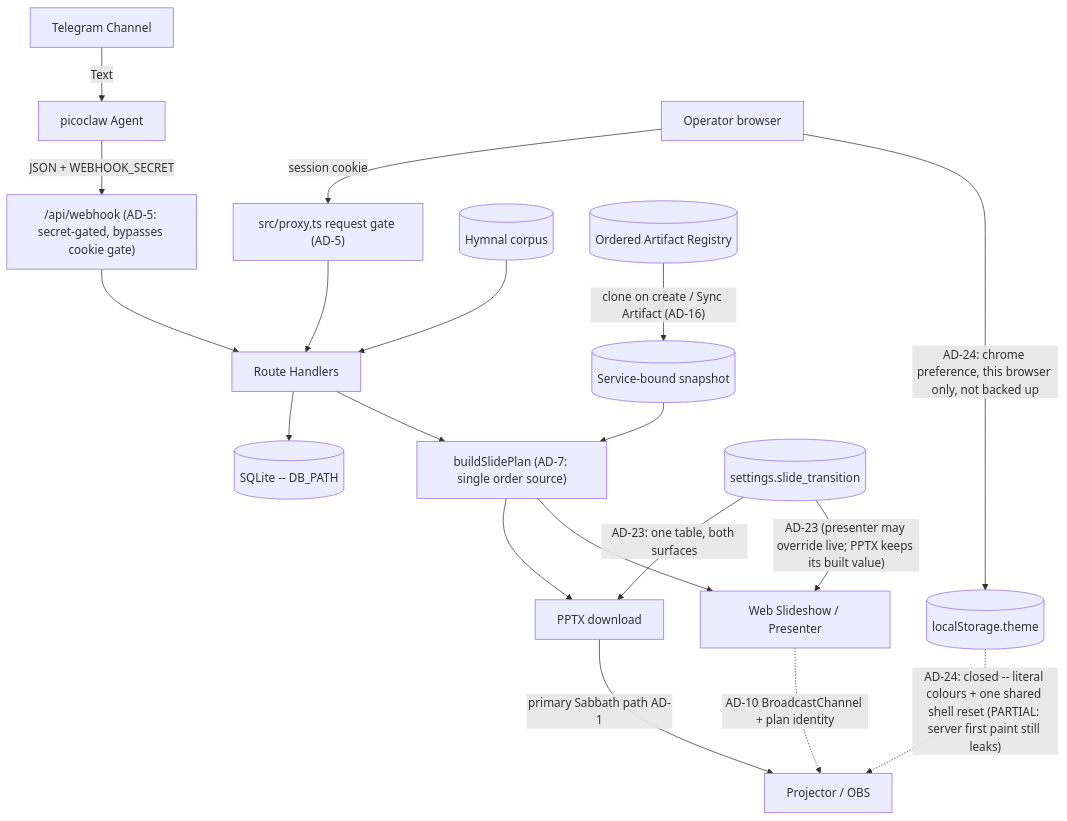
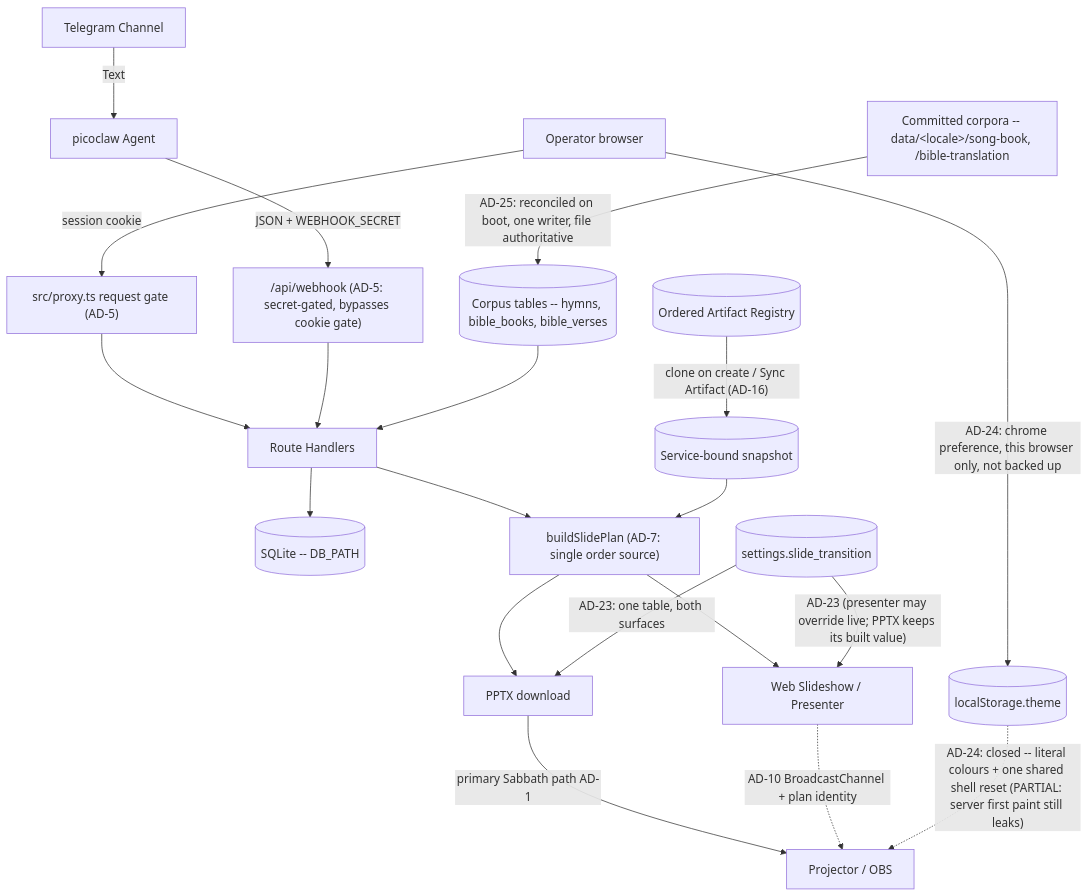
One commit to kodesh87/worship-presenter-web changed the first of 2 diagrams in _bmad-output/planning-artifacts/architecture/architecture-bic-pptx-workflow-2026-07-10/ARCHITECTURE-SPINE.md. Above: the diagram before and after it, drawn with Mermaid. The commit also changed other lines of this file and 7 other files, not shown here.

First line of the commit message:
docs(bmad): architecture — corpora are file projections, locale is an attribute (AD-25..AD-27)

````diff
--- a/_bmad-output/planning-artifacts/architecture/architecture-bic-pptx-workflow-2026-07-10/ARCHITECTURE-SPINE.md
+++ b/_bmad-output/planning-artifacts/architecture/architecture-bic-pptx-workflow-2026-07-10/ARCHITECTURE-SPINE.md
@@ -257,21 +283,22 @@
 ```mermaid
 graph TD
     Telegram[Telegram Channel] -->|Text| Picoclaw[picoclaw Agent]
     Picoclaw -->|JSON + WEBHOOK_SECRET| Webhook["/api/webhook (AD-5: secret-gated, bypasses cookie gate)"]
     Operator[Operator browser] -->|session cookie| Gate["src/proxy.ts request gate (AD-5)"]
     Gate --> API[Route Handlers]
     Webhook --> API
     API --> DB[(SQLite -- DB_PATH)]
-    Hymnal[(Hymnal corpus)] --> API
+    CorpusFiles["Committed corpora -- data/&lt;locale&gt;/song-book, /bible-translation"] -->|"AD-25: reconciled on boot, one writer, file authoritative"| Corpus[(Corpus tables -- hymns, bible_books, bible_verses)]
+    Corpus --> API
     API --> Plan["buildSlidePlan (AD-7: single order source)"]
     Registry[(Ordered Artifact Registry)] -->|"clone on create / Sync Artifact (AD-16)"| Snap[(Service-bound snapshot)]
     Snap --> Plan
     Plan --> PPTX[PPTX download]
     Plan --> WebShow[Web Slideshow / Presenter]
     Settings[(settings.slide_transition)] -->|"AD-23: one table, both surfaces"| PPTX
     Settings -->|"AD-23 (presenter may override live; PPTX keeps its built value)"| WebShow
     PPTX -->|primary Sabbath path AD-1| Projector[Projector / OBS]
     WebShow -.->|"AD-10 BroadcastChannel + plan identity"| Projector
     Operator -->|"AD-24: chrome preference, this browser only, not backed up"| Theme[("localStorage.theme")]
     Theme -.->|"AD-24: closed -- literal colours + one shared shell reset (PARTIAL: server first paint still leaks)"| Projector
 ```
````
